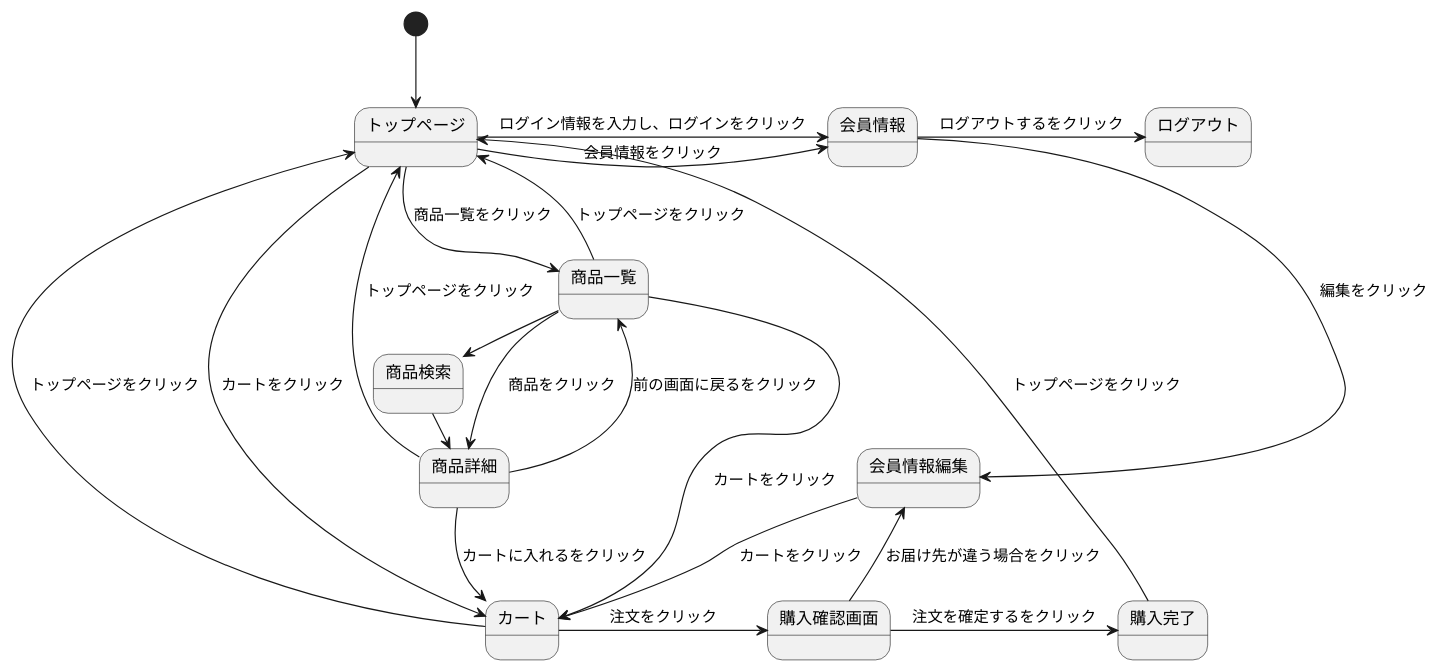
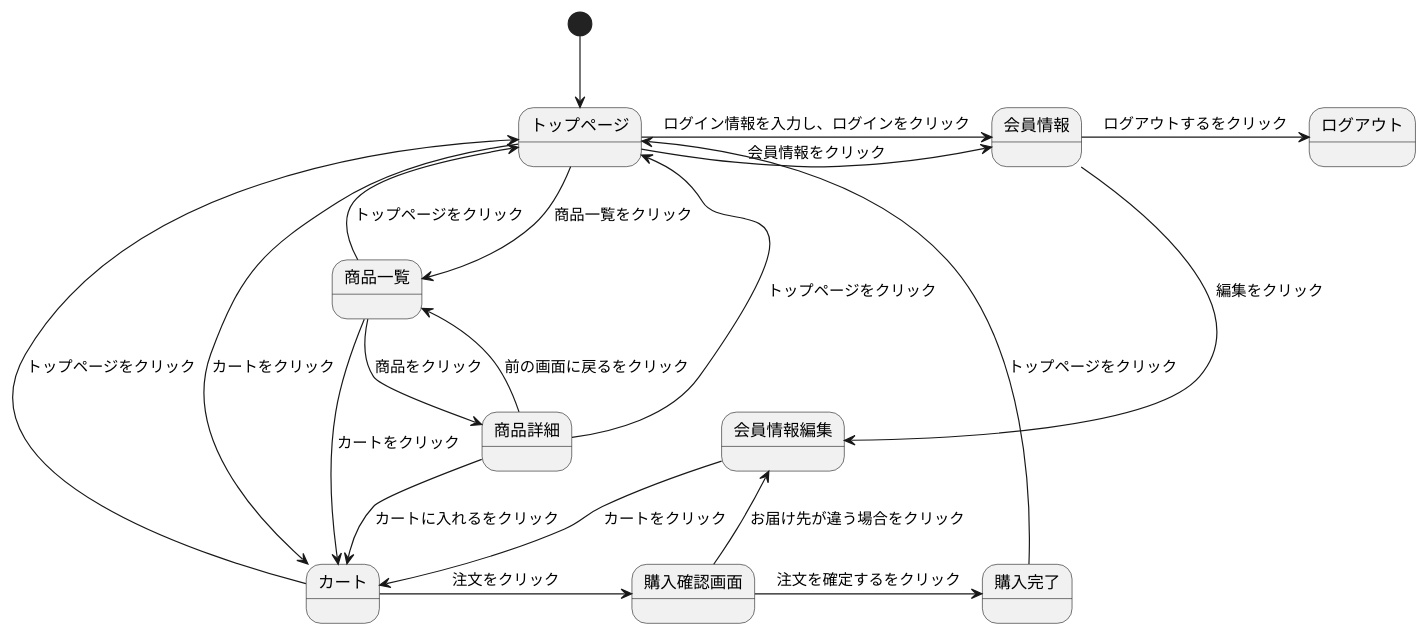
The diagram in kadai12.md (Aso2001392/2021sys-design), drawn with PlantUML before and after one commit.

````diff
--- a/kadai12.md
+++ b/kadai12.md
@@ -1,28 +1,26 @@
 ```uml
 @startuml
 
 [*] --> トップページ
 トップページ -> 会員情報 : ログイン情報を入力し、ログインをクリック
 トップページ -> 会員情報 : 会員情報をクリック
 トップページ ->商品一覧 : 商品一覧をクリック
 トップページ -> カート : カートをクリック
 会員情報 -> ログアウト : ログアウトするをクリック
 会員情報 --> 会員情報編集 : 編集をクリック
 会員情報編集 -> カート : カートをクリック
-商品一覧 -> 商品検索 : 商品検索する
 商品一覧 -> 商品詳細 : 商品をクリック
 商品一覧 --> トップページ : トップページをクリック
 商品一覧 --> カート : カートをクリック
-商品検索 -> 商品詳細 : 商品をクリック
 商品詳細 --> カート : カートに入れるをクリック
 商品詳細 --> 商品一覧 : 前の画面に戻るをクリック
 商品詳細 -> トップページ : トップページをクリック
 カート -> 購入確認画面 : 注文をクリック
 カート -> トップページ : トップページをクリック
 購入確認画面 -> 購入完了 : 注文を確定するをクリック
 購入確認画面 --> 会員情報編集 : お届け先が違う場合をクリック
 購入完了 -> トップページ : トップページをクリック
 
 @enduml
 
 ```
````
